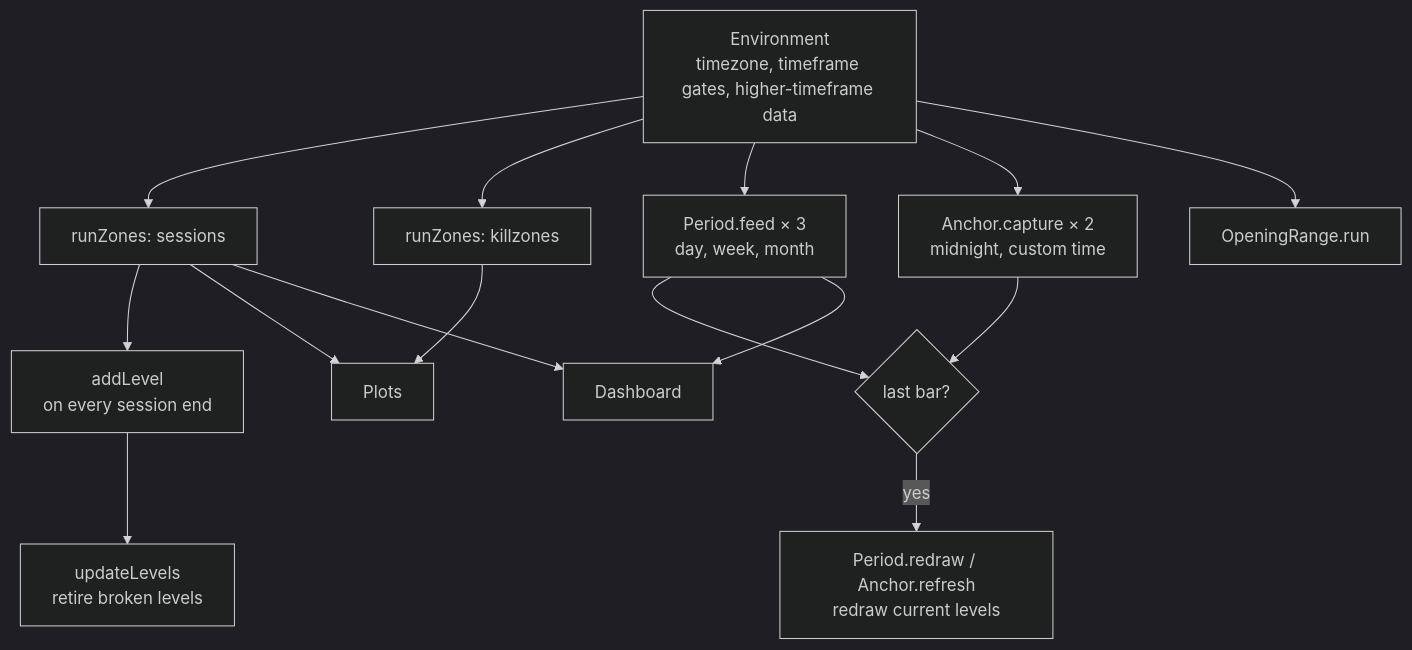
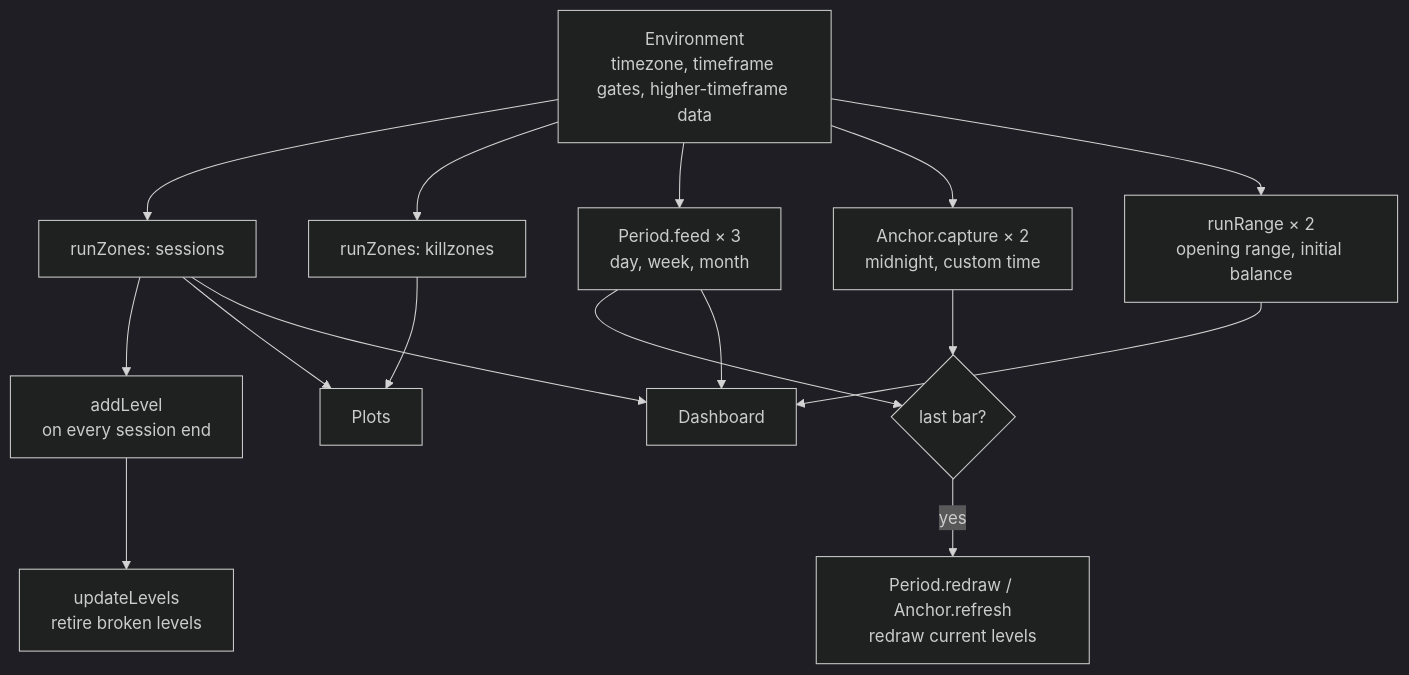
The diagram in docs/ARCHITECTURE.md (DmytroPalahin/sessions-indicator), drawn with Mermaid (dark theme) before and after one commit. The commit also changed other lines of this file and 9 other files, not shown here.

````diff
--- a/docs/ARCHITECTURE.md
+++ b/docs/ARCHITECTURE.md
@@ -39,17 +39,18 @@
 ```mermaid
 flowchart TD
     A[Environment<br/>timezone, timeframe gates, higher-timeframe data] --> B[runZones: sessions]
     A --> C[runZones: killzones]
     B --> D[addLevel<br/>on every session end]
     D --> E[updateLevels<br/>retire broken levels]
     A --> F[Period.feed × 3<br/>day, week, month]
     A --> G[Anchor.capture × 2<br/>midnight, custom time]
-    A --> H[OpeningRange.run]
+    A --> H[runRange × 2<br/>opening range, initial balance]
     F --> J{last bar?}
     G --> J
     J -- yes --> K[Period.redraw / Anchor.refresh<br/>redraw current levels]
     B --> L[Plots]
     C --> L
     B --> M[Dashboard]
     F --> M
+    H --> M
 ```
````
